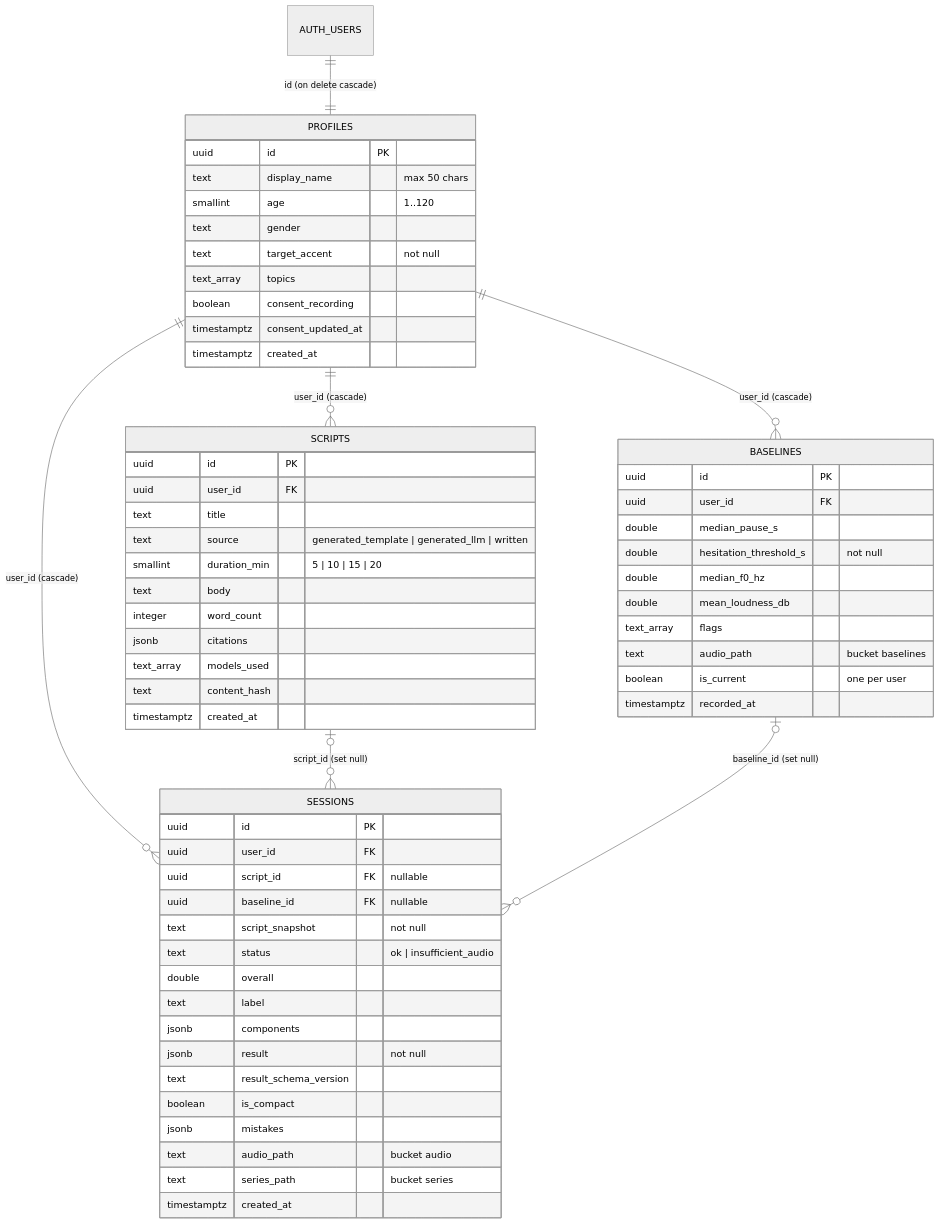
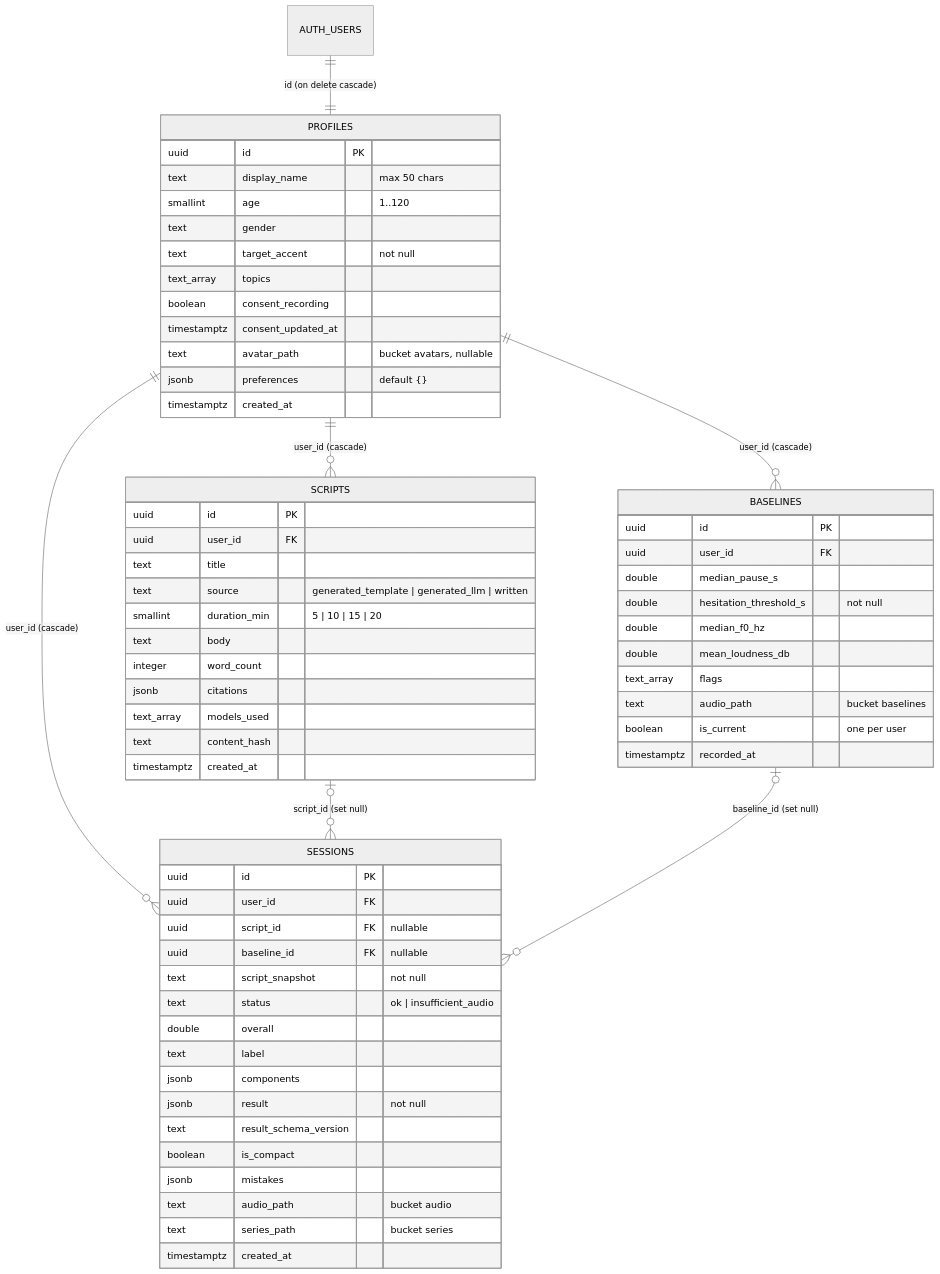
The diagram in docs/adr/ADR-001.md (cbaolee/25c11-ct-team08-public-speaking-assistant), drawn with Mermaid (neutral theme) before and after one commit. The commit also changed other lines of this file and 4 other files, not shown here.

Commit message:
docs: update README, architecture and ADR-001 to the current DB, storage and UI state

````diff
--- a/docs/adr/ADR-001.md
+++ b/docs/adr/ADR-001.md
@@ -19,64 +19,66 @@
 ```mermaid
 erDiagram
     AUTH_USERS ||--|| PROFILES : "id (on delete cascade)"
     PROFILES ||--o{ BASELINES : "user_id (cascade)"
     PROFILES ||--o{ SCRIPTS : "user_id (cascade)"
     PROFILES ||--o{ SESSIONS : "user_id (cascade)"
     SCRIPTS |o--o{ SESSIONS : "script_id (set null)"
     BASELINES |o--o{ SESSIONS : "baseline_id (set null)"
 
     PROFILES {
         uuid id PK
         text display_name "max 50 chars"
         smallint age "1..120"
         text gender
         text target_accent "not null"
         text_array topics
         boolean consent_recording
         timestamptz consent_updated_at
+        text avatar_path "bucket avatars, nullable"
+        jsonb preferences "default {}"
         timestamptz created_at
     }
     BASELINES {
         uuid id PK
         uuid user_id FK
         double median_pause_s
         double hesitation_threshold_s "not null"
         double median_f0_hz
         double mean_loudness_db
         text_array flags
         text audio_path "bucket baselines"
         boolean is_current "one per user"
         timestamptz recorded_at
     }
     SCRIPTS {
         uuid id PK
         uuid user_id FK
         text title
         text source "generated_template | generated_llm | written"
         smallint duration_min "5 | 10 | 15 | 20"
         text body
         integer word_count
         jsonb citations
         text_array models_used
         text content_hash
         timestamptz created_at
     }
     SESSIONS {
         uuid id PK
         uuid user_id FK
         uuid script_id FK "nullable"
         uuid baseline_id FK "nullable"
         text script_snapshot "not null"
         text status "ok | insufficient_audio"
         double overall
         text label
         jsonb components
         jsonb result "not null"
         text result_schema_version
         boolean is_compact
         jsonb mistakes
         text audio_path "bucket audio"
         text series_path "bucket series"
         timestamptz created_at
     }
 ```
````
